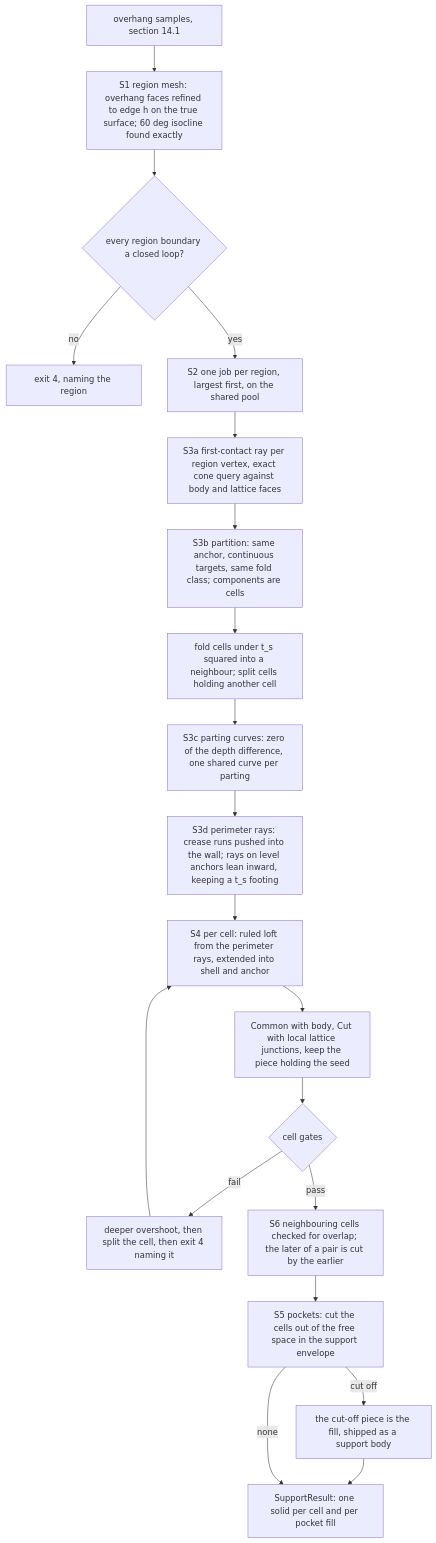
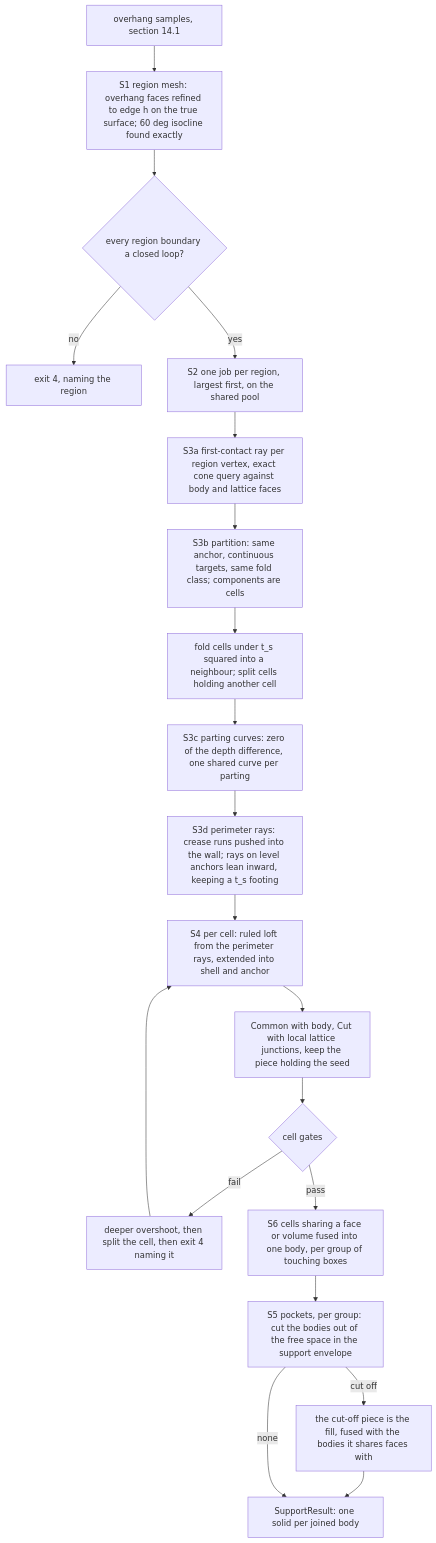
The third of 3 diagrams in docs/algorithm.md (arnego/latticegen2), drawn with Mermaid before and after one commit. The commit also changed other lines of this file and 7 other files, not shown here.

First line of the commit message:
Join supports sharing a face or volume into one body (S6)

````diff
--- a/docs/algorithm.md
+++ b/docs/algorithm.md
@@ -2516,22 +2517,22 @@
 ```mermaid
 flowchart TD
     A[overhang samples, section 14.1] --> B[S1 region mesh: overhang faces refined to edge h on the true surface; 60 deg isocline found exactly]
     B --> B1{every region boundary a closed loop?}
     B1 -->|no| F1[exit 4, naming the region]
     B1 -->|yes| C[S2 one job per region, largest first, on the shared pool]
     C --> D[S3a first-contact ray per region vertex, exact cone query against body and lattice faces]
     D --> G[S3b partition: same anchor, continuous targets, same fold class; components are cells]
     G --> H[fold cells under t_s squared into a neighbour; split cells holding another cell]
     H --> I[S3c parting curves: zero of the depth difference, one shared curve per parting]
     I --> I2[S3d perimeter rays: crease runs pushed into the wall; rays on level anchors lean inward, keeping a t_s footing]
     I2 --> J[S4 per cell: ruled loft from the perimeter rays, extended into shell and anchor]
     J --> K[Common with body, Cut with local lattice junctions, keep the piece holding the seed]
     K --> L{cell gates}
     L -->|fail| M[deeper overshoot, then split the cell, then exit 4 naming it]
     M --> J
-    L -->|pass| P[S6 neighbouring cells checked for overlap; the later of a pair is cut by the earlier]
-    P --> N[S5 pockets: cut the cells out of the free space in the support envelope]
-    N -->|cut off| O[the cut-off piece is the fill, shipped as a support body]
+    L -->|pass| P[S6 cells sharing a face or volume fused into one body, per group of touching boxes]
+    P --> N[S5 pockets, per group: cut the bodies out of the free space in the support envelope]
+    N -->|cut off| O[the cut-off piece is the fill, fused with the bodies it shares faces with]
     O --> Q
-    N -->|none| Q[SupportResult: one solid per cell and per pocket fill]
+    N -->|none| Q[SupportResult: one solid per joined body]
 ```
````
